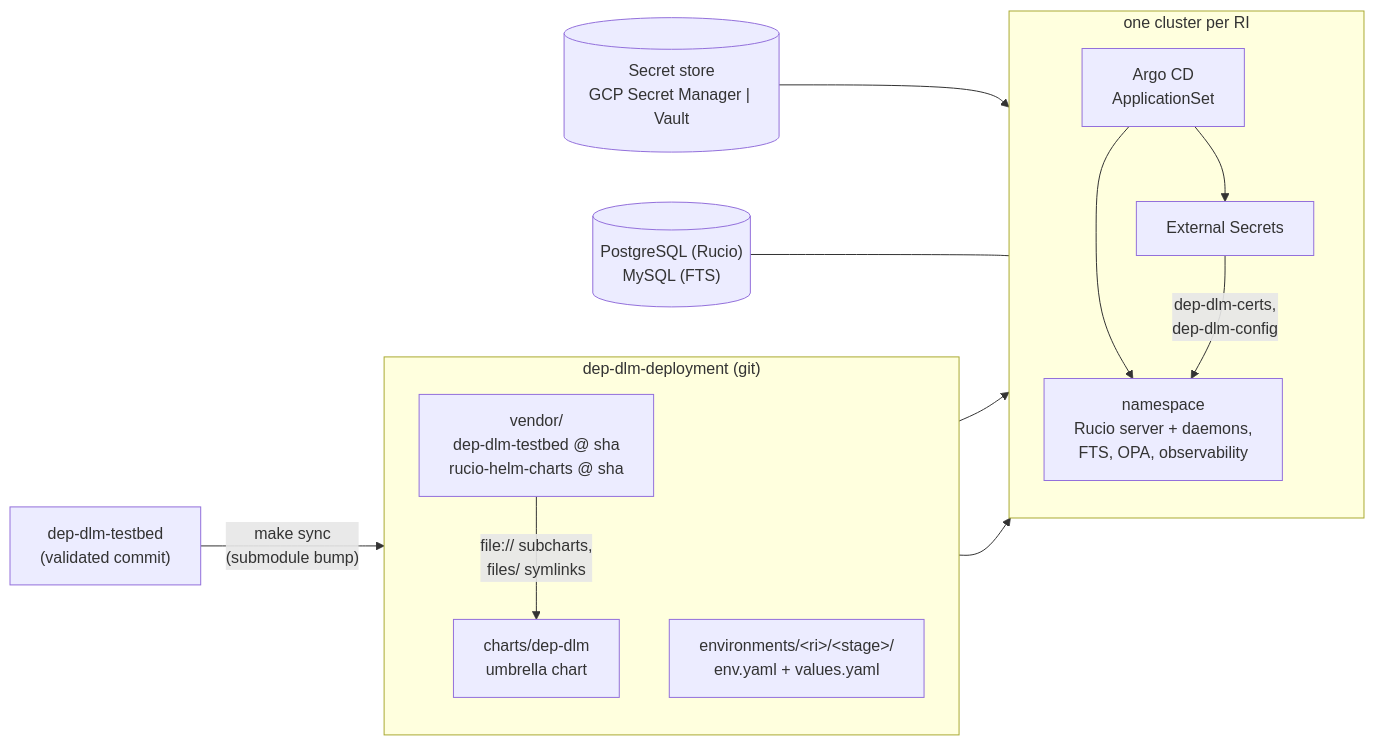
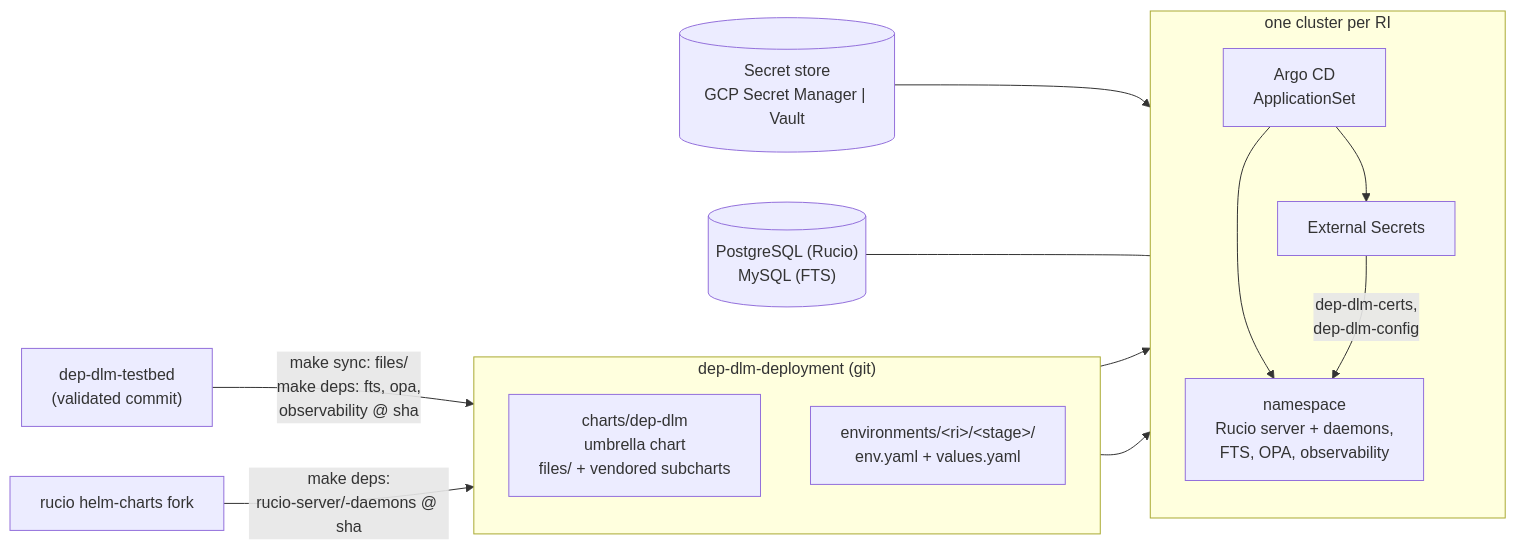
Before and after one commit to RI-SCALE/dep-dlm-deployment: the first of 3 diagrams in README.md, drawn with Mermaid. The commit also changed other lines of this file and 59 other files, not shown here.

First line of the commit message:
refactor!: replace vendor/ submodules with in-repo files and pinned charts

````diff
--- a/README.md
+++ b/README.md
@@ -9,26 +9,25 @@
 ```mermaid
 flowchart LR
   subgraph repo["dep-dlm-deployment (git)"]
     direction TB
-    vendor["vendor/<br/>dep-dlm-testbed @ sha<br/>rucio-helm-charts @ sha"]
-    chart["charts/dep-dlm<br/>umbrella chart"]
+    chart["charts/dep-dlm<br/>umbrella chart<br/>files/ + vendored subcharts"]
     envs["environments/&lt;ri&gt;/&lt;stage&gt;/<br/>env.yaml + values.yaml"]
-    vendor -- "file:// subcharts,<br/>files/ symlinks" --> chart
   end
-  testbed["dep-dlm-testbed<br/>(validated commit)"] -- "make sync<br/>(submodule bump)" --> vendor
+  testbed["dep-dlm-testbed<br/>(validated commit)"] -- "make sync: files/<br/>make deps: fts, opa,<br/>observability @ sha" --> chart
+  fork["rucio helm-charts fork"] -- "make deps:<br/>rucio-server/-daemons @ sha" --> chart
 
   subgraph cluster["one cluster per RI"]
     direction TB
     argo["Argo CD<br/>ApplicationSet"]
     eso["External Secrets"]
     ns["namespace<br/>Rucio server + daemons,<br/>FTS, OPA, observability"]
     argo --> eso
     argo --> ns
     eso -- "dep-dlm-certs,<br/>dep-dlm-config" --> ns
   end
 
   chart --> argo
   envs --> argo
   store[("Secret store<br/>GCP Secret Manager | Vault")] --> eso
   db[("PostgreSQL (Rucio)<br/>MySQL (FTS)")] --- ns
 ```
````
